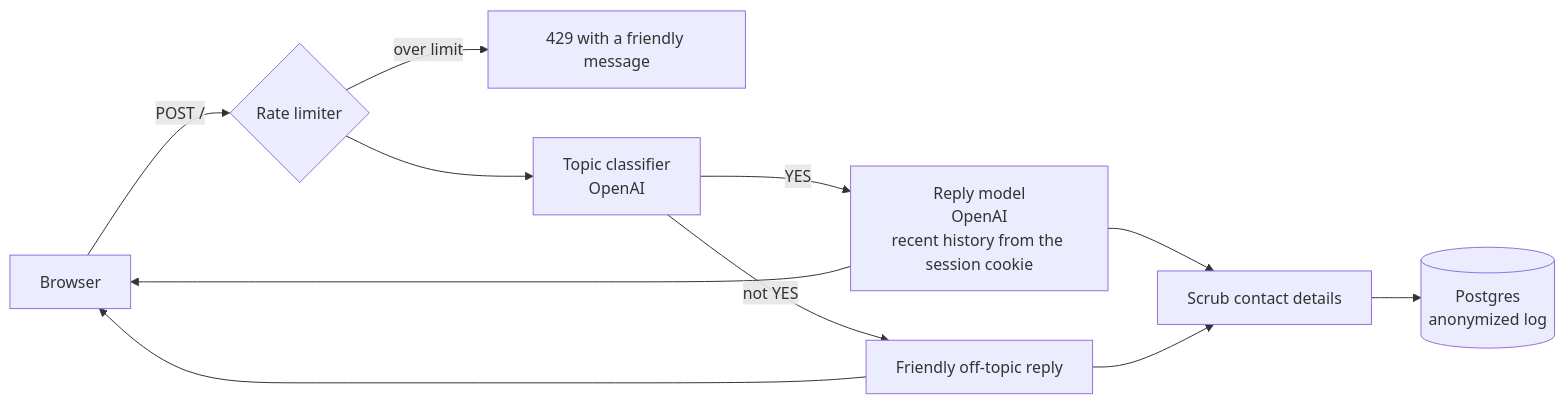
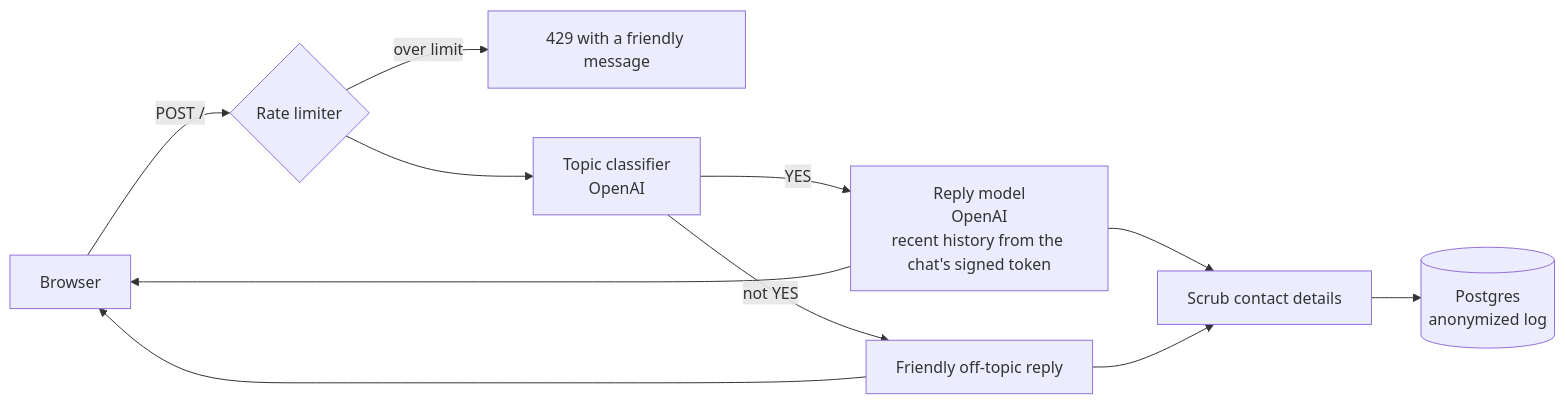
Before and after one commit to jdabr/LoveLab01: the diagram in README.md, drawn with Mermaid. The commit also changed other lines of this file and 14 other files, not shown here.

````diff
--- a/README.md
+++ b/README.md
@@ -32,13 +34,13 @@
 ```mermaid
 flowchart LR
     B[Browser] -->|POST /| L{Rate limiter}
     L -->|over limit| R429[429 with a friendly message]
     L --> F[Topic classifier<br/>OpenAI]
     F -->|not YES| OT[Friendly off-topic reply]
-    F -->|YES| M[Reply model<br/>OpenAI<br/>recent history from the session cookie]
+    F -->|YES| M[Reply model<br/>OpenAI<br/>recent history from the chat's signed token]
     M --> S[Scrub contact details]
     OT --> S
     S --> DB[(Postgres<br/>anonymized log)]
     M --> B
     OT --> B
 ```
````
